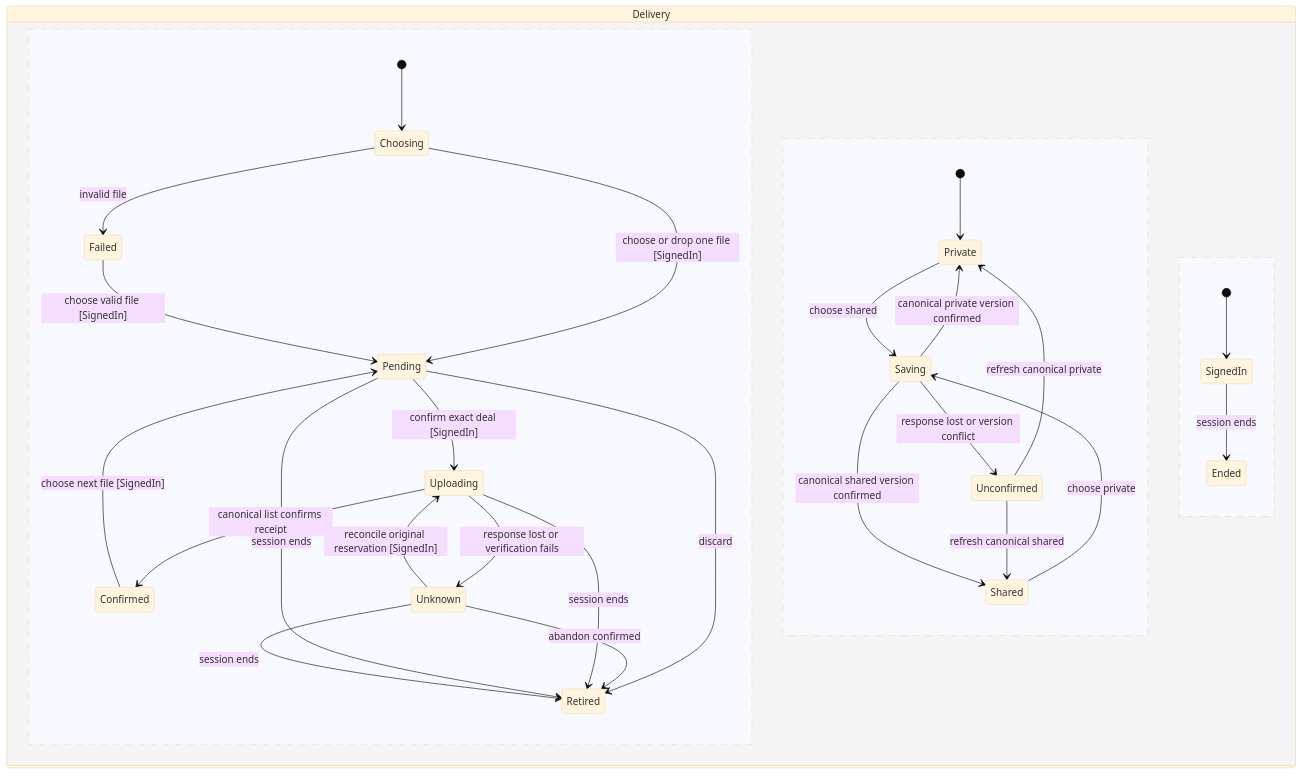
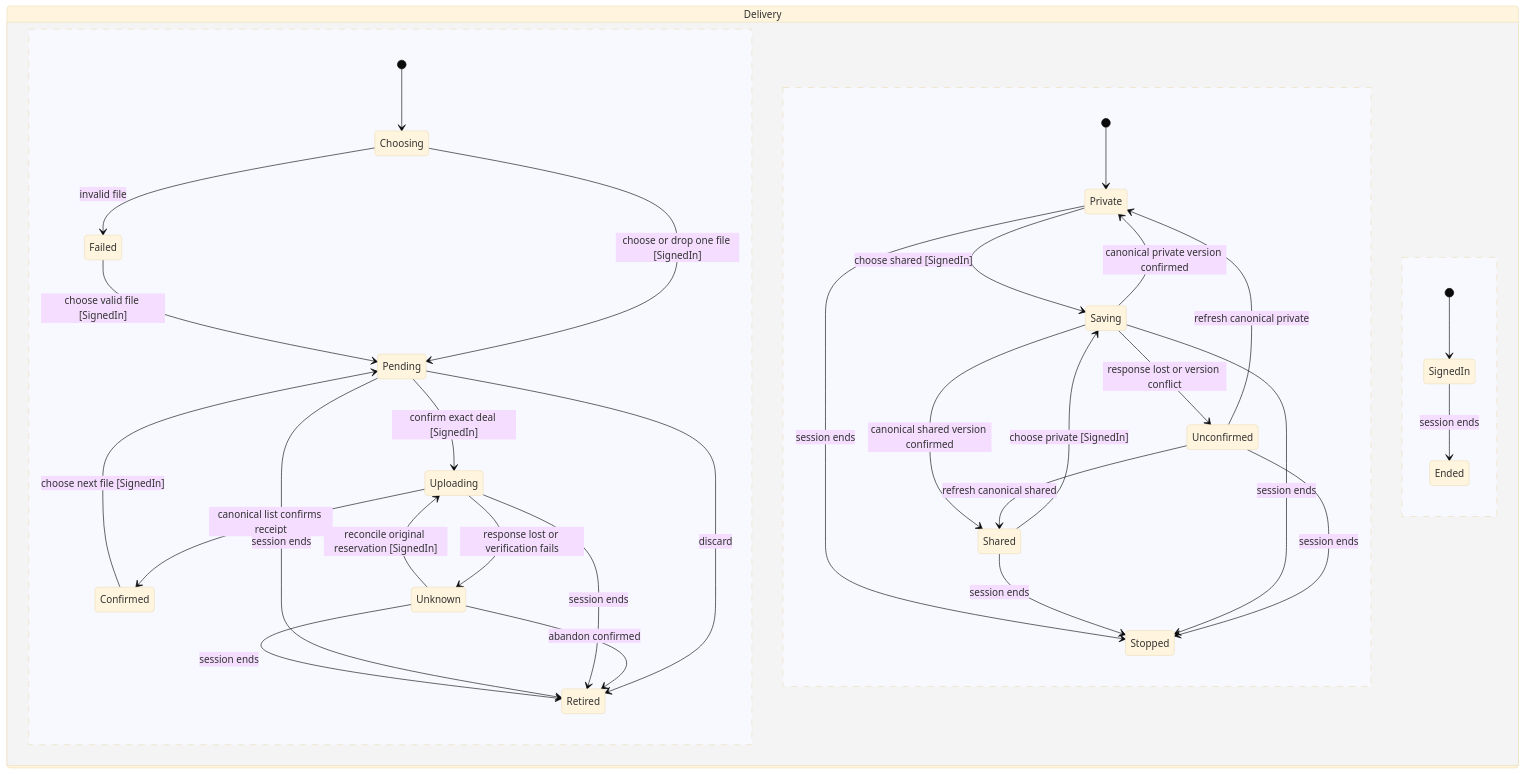
One commit to jbookout/doctorcre-app changed the diagram in docs/statecharts/deal-deliverable-upload.mmd. Above: the diagram before and after it, drawn with Mermaid (base theme).

Commit message:
docs: model session retirement for deliverable designation
Guard designation changes by the live session and model its stopped state.
TLC checks upload, pending-file and designation retirement invariants.

Card: WR586.S3.J8

```diff
--- a/docs/statecharts/deal-deliverable-upload.mmd
+++ b/docs/statecharts/deal-deliverable-upload.mmd
@@ -1,36 +1,43 @@
 stateDiagram-v2
   state Delivery {
     [*] --> Choosing
     Choosing --> Pending: choose or drop one file [SignedIn]
     %% when SignedIn
     Pending --> Uploading: confirm exact deal [SignedIn]
     %% when SignedIn
     Uploading --> Confirmed: canonical list confirms receipt
     Uploading --> Unknown: response lost or verification fails
     Unknown --> Uploading: reconcile original reservation [SignedIn]
     %% when SignedIn
     Pending --> Retired: discard
     Unknown --> Retired: abandon confirmed
     Choosing --> Failed: invalid file
     Failed --> Pending: choose valid file [SignedIn]
     %% when SignedIn
     Confirmed --> Pending: choose next file [SignedIn]
     %% when SignedIn
     Uploading --> Retired: session ends
     Pending --> Retired: session ends
     Unknown --> Retired: session ends
   --
     [*] --> Private
-    Private --> Saving: choose shared
-    Shared --> Saving: choose private
+    Private --> Saving: choose shared [SignedIn]
+    %% when SignedIn
+    Shared --> Saving: choose private [SignedIn]
+    %% when SignedIn
     Saving --> Shared: canonical shared version confirmed
     Saving --> Private: canonical private version confirmed
     Saving --> Unconfirmed: response lost or version conflict
     Unconfirmed --> Private: refresh canonical private
     Unconfirmed --> Shared: refresh canonical shared
+    Private --> Stopped: session ends
+    Shared --> Stopped: session ends
+    Saving --> Stopped: session ends
+    Unconfirmed --> Stopped: session ends
   --
     [*] --> SignedIn
     SignedIn --> Ended: session ends
   }
 %% never NoUploadAfterSession: Ended & Uploading -- A session change cannot continue an upload.
 %% never NoPendingAfterSession: Ended & Pending -- A session change retires selected bytes.
+%% never NoVisibilityAfterSession: Ended & Saving -- A session change cannot continue a designation write.
```
